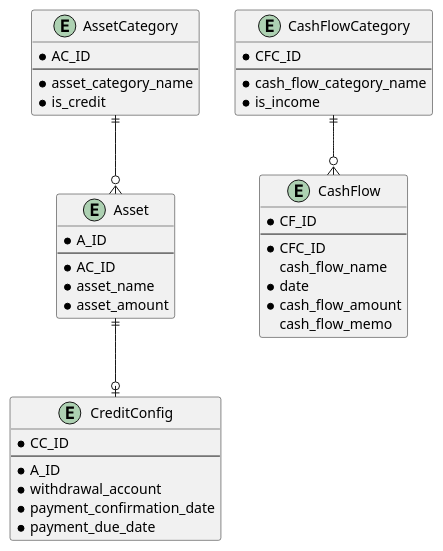
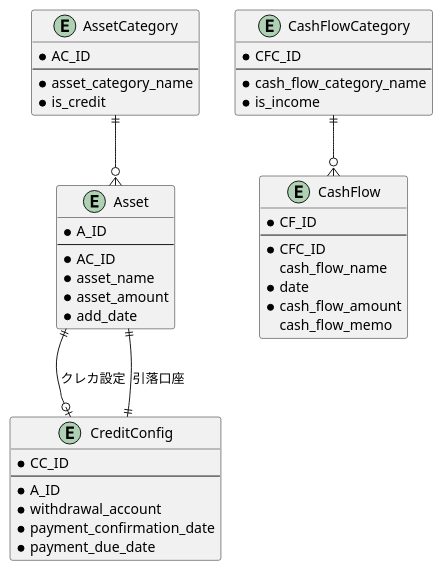
The diagram in design/models.puml (yuyuue/BudgetingWebApp), drawn with PlantUML before and after one commit. The commit also changed 3 other files, not shown here.

```diff
--- a/design/models.puml
+++ b/design/models.puml
@@ -1,47 +1,49 @@
 @startuml models
 entity AssetCategory{
     * AC_ID
     --
     * asset_category_name
     * is_credit
 }
 
 entity Asset {
     * A_ID
     --
     * AC_ID
     * asset_name
     * asset_amount
+    * add_date
 }
 
 entity CreditConfig{
     * CC_ID
     --
     * A_ID
     * withdrawal_account
     * payment_confirmation_date
     * payment_due_date
 }
 
 entity CashFlowCategory {
     * CFC_ID
     --
     * cash_flow_category_name
     * is_income
 }
 
 entity CashFlow {
     * CF_ID
     --
     * CFC_ID
     cash_flow_name
     * date
     * cash_flow_amount
     cash_flow_memo
 }
 
 AssetCategory ||--o{ Asset
-Asset ||--o| CreditConfig
+Asset ||--o| CreditConfig : クレカ設定
+CreditConfig ||--|| Asset : 引落口座
 CashFlowCategory ||--o{CashFlow
 
 @enduml
```
